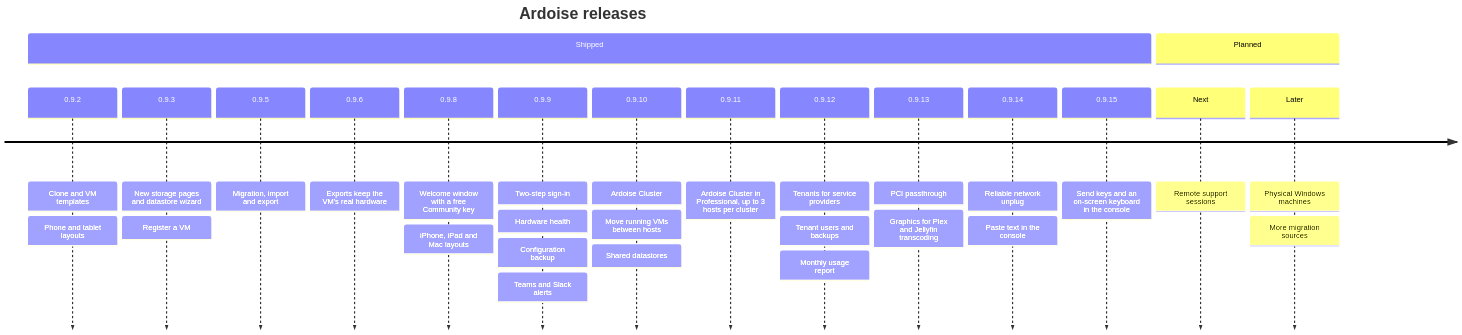
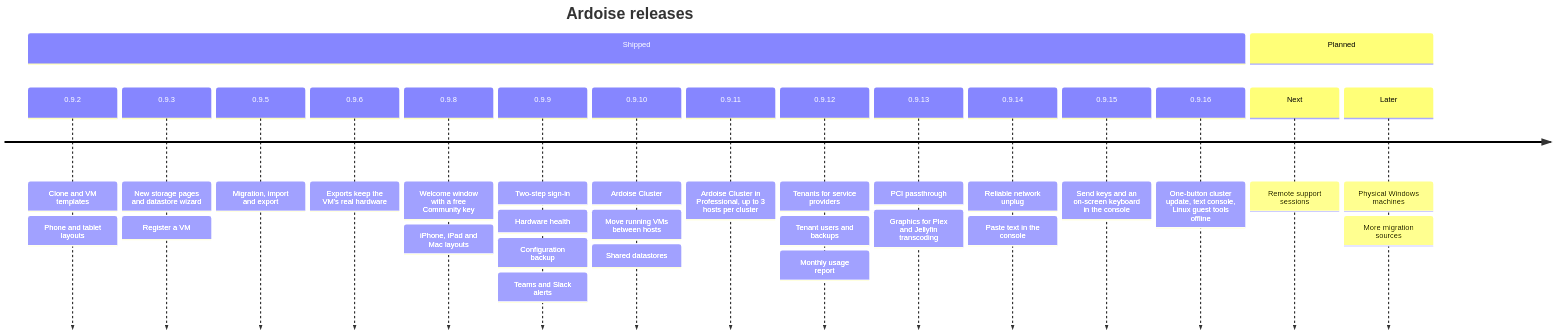
One commit to neolabs-cloud/ardoise-releases changed the diagram in README.md. Above: the diagram before and after it, drawn with Mermaid. The commit also changed other lines of this file and 1 other file, not shown here.

````diff
--- a/README.md
+++ b/README.md
@@ -254,20 +254,21 @@
 ```mermaid
 timeline
     title Ardoise releases
     section Shipped
         0.9.2 : Clone and VM templates : Phone and tablet layouts
         0.9.3 : New storage pages and datastore wizard : Register a VM
         0.9.5 : Migration, import and export
         0.9.6 : Exports keep the VM's real hardware
         0.9.8 : Welcome window with a free Community key : iPhone, iPad and Mac layouts
         0.9.9 : Two-step sign-in : Hardware health : Configuration backup : Teams and Slack alerts
         0.9.10 : Ardoise Cluster : Move running VMs between hosts : Shared datastores
         0.9.11 : Ardoise Cluster in Professional, up to 3 hosts per cluster
         0.9.12 : Tenants for service providers : Tenant users and backups : Monthly usage report
         0.9.13 : PCI passthrough : Graphics for Plex and Jellyfin transcoding
         0.9.14 : Reliable network unplug : Paste text in the console
         0.9.15 : Send keys and an on-screen keyboard in the console
+        0.9.16 : One-button cluster update, text console, Linux guest tools offline
     section Planned
         Next : Remote support sessions
         Later : Physical Windows machines : More migration sources
 ```
````
